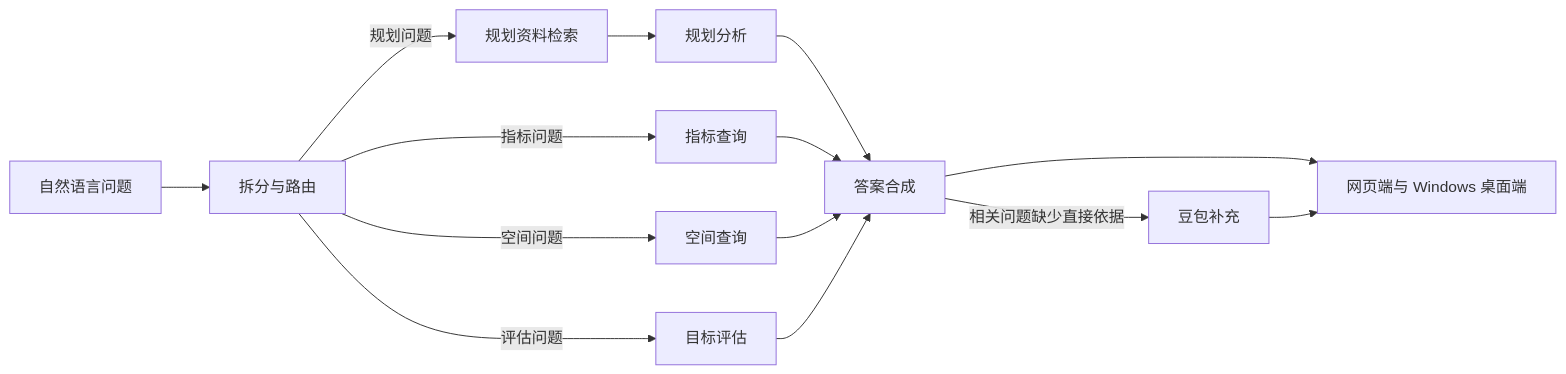
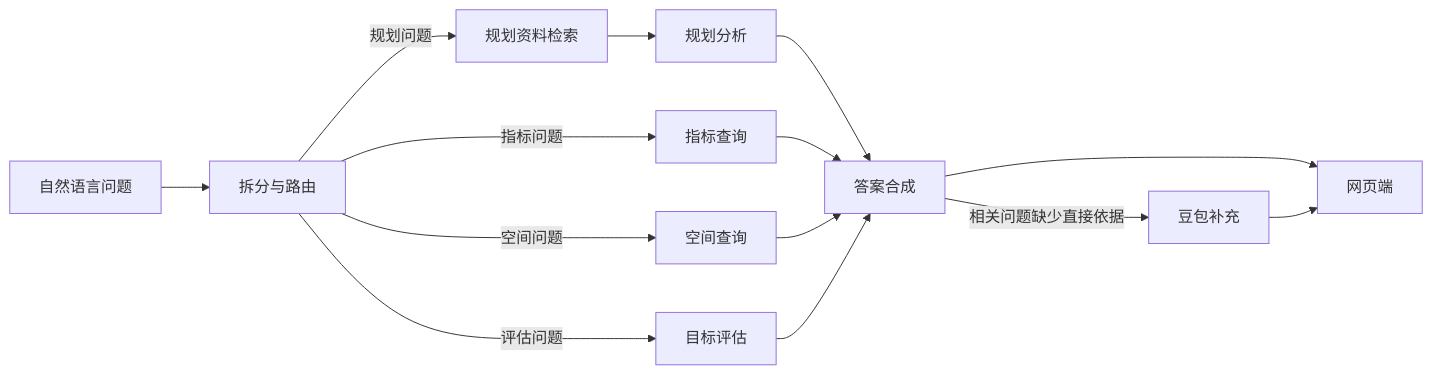
The diagram in README.md (serendipitylin0731/3820_agent), drawn with Mermaid before and after one commit. The commit also changed other lines of this file and 34 other files, not shown here.

````diff
--- a/README.md
+++ b/README.md
@@ -59,16 +47,16 @@
 ```mermaid
 flowchart LR;
     Q["自然语言问题"] --> R["拆分与路由"];
     R -->|规划问题| K["规划资料检索"];
     K --> P["规划分析"];
     R -->|指标问题| I["指标查询"];
     R -->|空间问题| S["空间查询"];
     R -->|评估问题| E["目标评估"];
     P --> A["答案合成"];
     I --> A;
     S --> A;
     E --> A;
-    A --> W["网页端与 Windows 桌面端"];
+    A --> W["网页端"];
     A -->|相关问题缺少直接依据| D["豆包补充"];
     D --> W;
 ```
````
